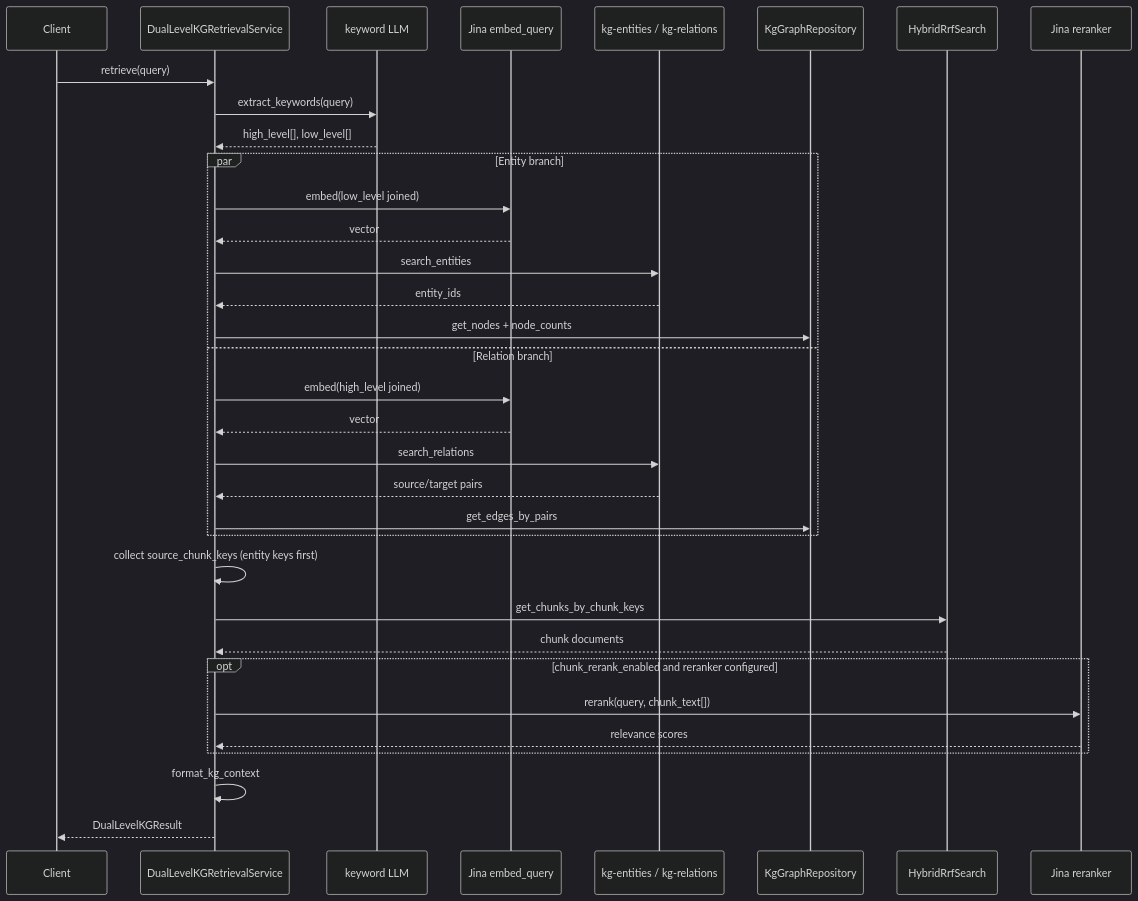
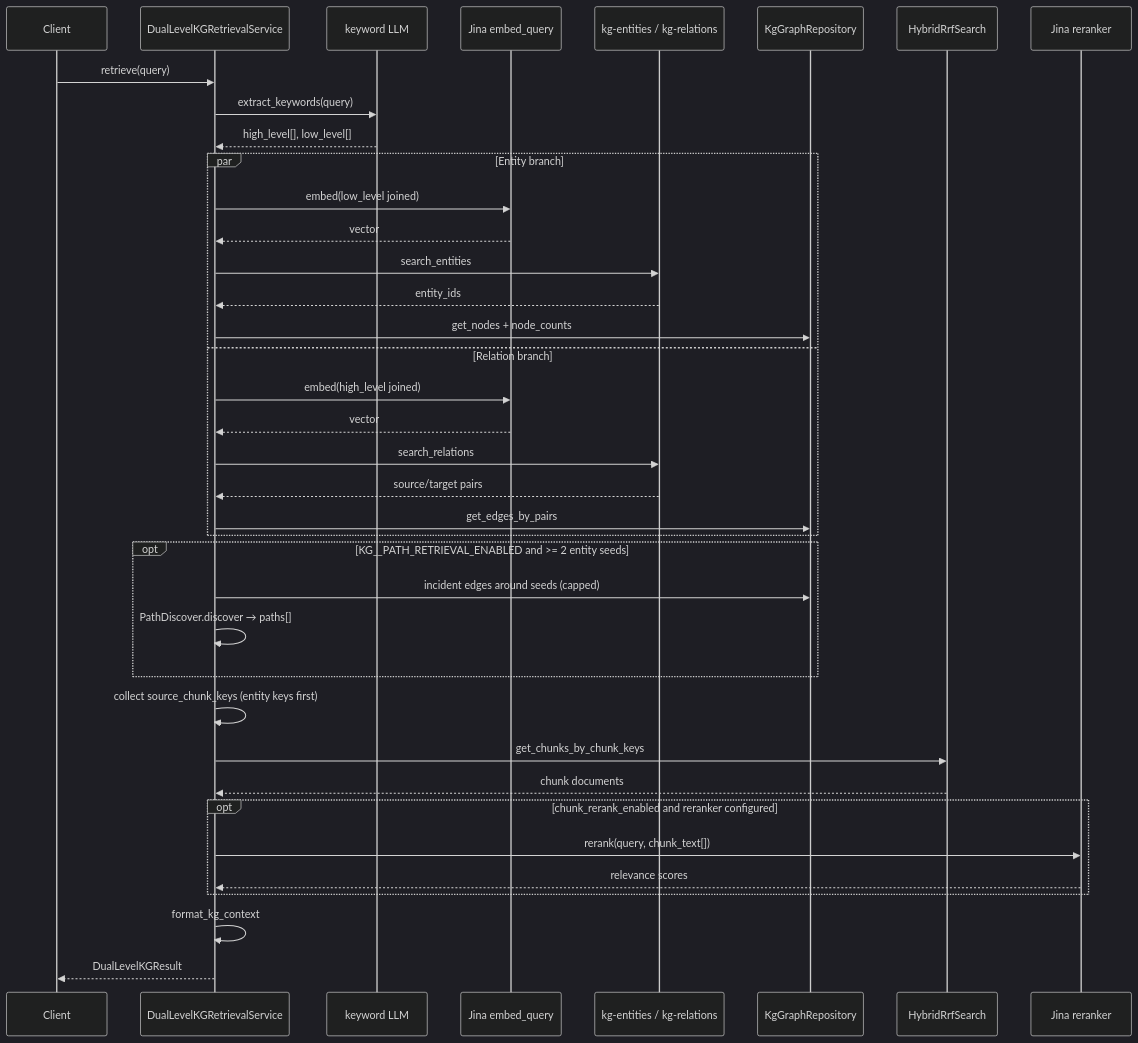
One commit to apssouza22/production-rag changed the seventh of 11 diagrams in docs/knowledge-graph.md. Above: the diagram before and after it, drawn with Mermaid (dark theme). The commit also changed other lines of this file and 15 other files, not shown here.

````diff
--- a/docs/knowledge-graph.md
+++ b/docs/knowledge-graph.md
@@ -364,37 +369,41 @@
 ```mermaid
 sequenceDiagram
     participant U as Client
     participant S as DualLevelKGRetrievalService
     participant LLM as keyword LLM
     participant J as Jina embed_query
     participant OS as kg-entities / kg-relations
     participant PG as KgGraphRepository
     participant CH as HybridRrfSearch
     participant JR as Jina reranker
 
     U->>S: retrieve(query)
     S->>LLM: extract_keywords(query)
     LLM-->>S: high_level[], low_level[]
     par Entity branch
         S->>J: embed(low_level joined)
         J-->>S: vector
         S->>OS: search_entities
         OS-->>S: entity_ids
         S->>PG: get_nodes + node_counts
     and Relation branch
         S->>J: embed(high_level joined)
         J-->>S: vector
         S->>OS: search_relations
         OS-->>S: source/target pairs
         S->>PG: get_edges_by_pairs
     end
+    opt KG__PATH_RETRIEVAL_ENABLED and >= 2 entity seeds
+        S->>PG: incident edges around seeds (capped)
+        S->>S: PathDiscover.discover → paths[]
+    end
     S->>S: collect source_chunk_keys (entity keys first)
     S->>CH: get_chunks_by_chunk_keys
     CH-->>S: chunk documents
     opt chunk_rerank_enabled and reranker configured
         S->>JR: rerank(query, chunk_text[])
         JR-->>S: relevance scores
     end
     S->>S: format_kg_context
     S-->>U: DualLevelKGResult
 ```
````
